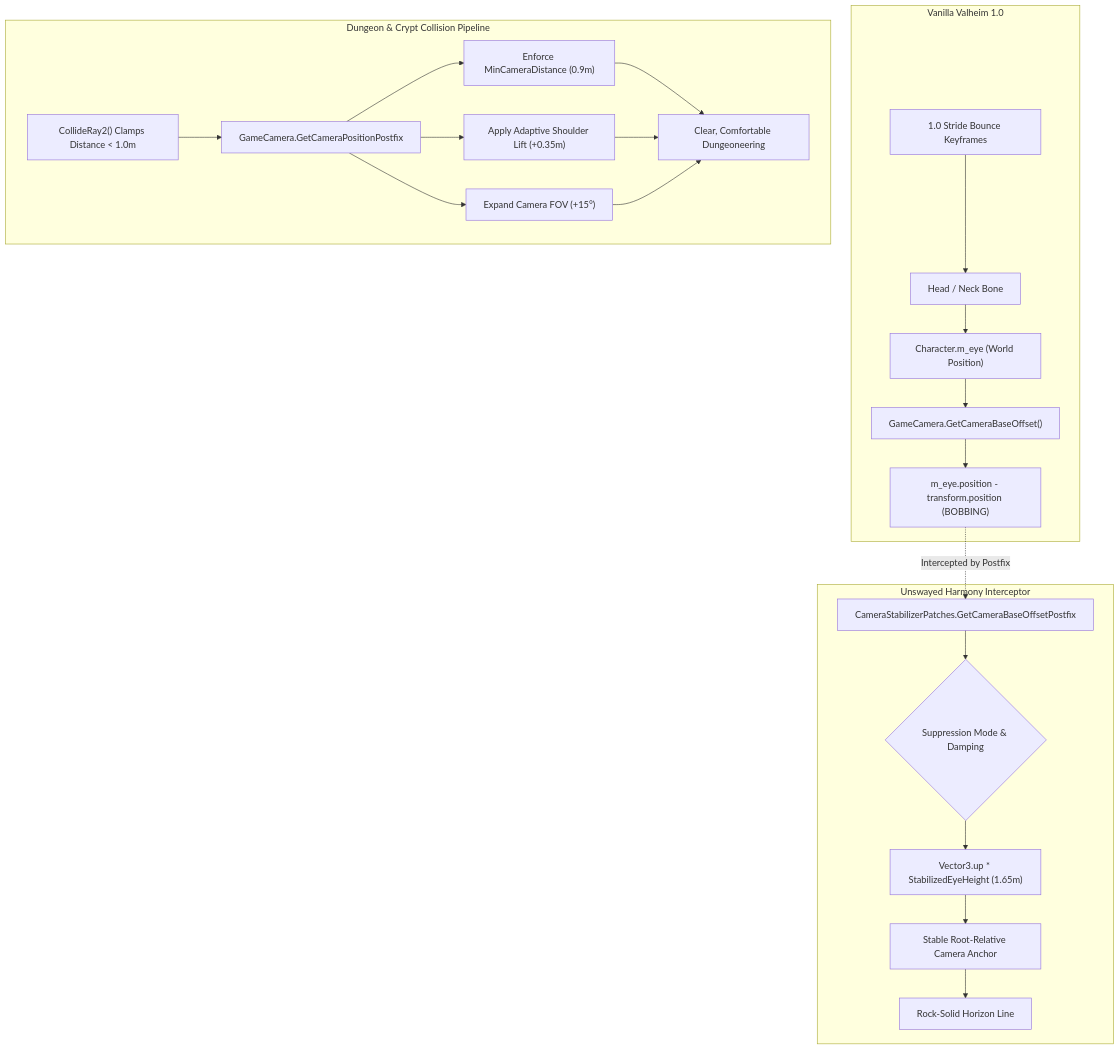
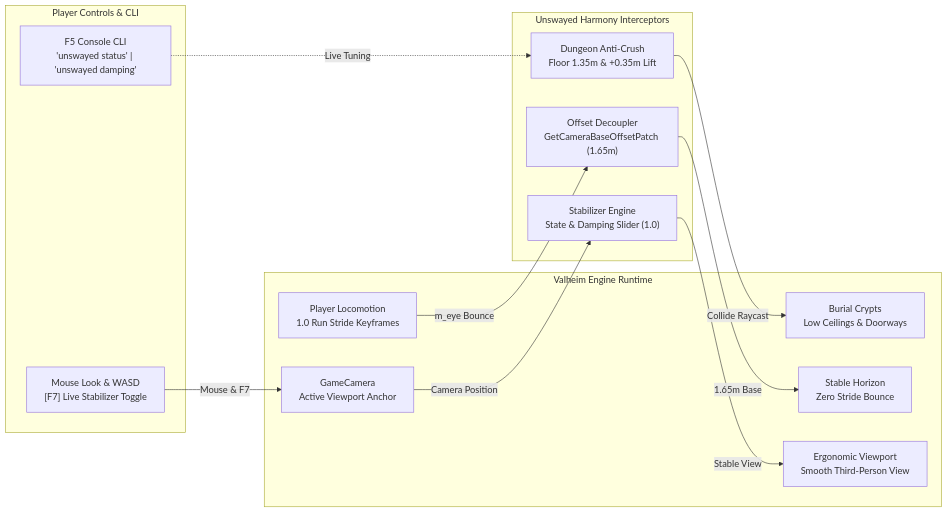
The diagram in plugins/Unswayed/README.md (djcdevelopment/deepnorthtesting), drawn with Mermaid before and after one commit. The commit also changed other lines of this file and 16 other files, not shown here.

Commit message:
feat(Unswayed): add Archify architecture maps, Thunderstore package, OMEN test verification, and comprehensive guides

````diff
--- a/plugins/Unswayed/README.md
+++ b/plugins/Unswayed/README.md
@@ -152,25 +68,29 @@
 ```mermaid
-flowchart TD
-    subgraph Vanilla ["Vanilla Valheim 1.0"]
-        A["1.0 Stride Bounce Keyframes"] --> B["Head / Neck Bone"]
-        B --> C["Character.m_eye (World Position)"]
-        C --> D["GameCamera.GetCameraBaseOffset()"]
-        D --> E["m_eye.position - transform.position (BOBBING)"]
+flowchart LR
+    subgraph Input ["Player Controls & CLI"]
+        PInput["Mouse Look & WASD<br/>[F7] Live Stabilizer Toggle"]
+        Console["F5 Console CLI<br/>'unswayed status' | 'unswayed damping'"]
     end
 
-    subgraph Unswayed ["Unswayed Harmony Interceptor"]
-        E -.->|Intercepted by Postfix| F["CameraStabilizerPatches.GetCameraBaseOffsetPostfix"]
-        F --> G{"Suppression Mode & Damping"}
-        G --> H["Vector3.up * StabilizedEyeHeight (1.65m)"]
-        H --> I["Stable Root-Relative Camera Anchor"]
-        I --> J["Rock-Solid Horizon Line"]
+    subgraph Valheim ["Valheim Engine Runtime"]
+        PLoco["Player Locomotion<br/>1.0 Run Stride Keyframes"]
+        Cam["GameCamera<br/>Active Viewport Anchor"]
+        Crypt["Burial Crypts<br/>Low Ceilings & Doorways"]
+        Horizon["Stable Horizon<br/>Zero Stride Bounce"]
+        VPort["Ergonomic Viewport<br/>Smooth Third-Person View"]
     end
 
-    subgraph Dungeons ["Dungeon & Crypt Collision Pipeline"]
-        K["CollideRay2() Clamps Distance &lt; 1.0m"] --> L["GameCamera.GetCameraPositionPostfix"]
-        L --> M["Enforce MinCameraDistance (0.9m)"]
-        L --> N["Apply Adaptive Shoulder Lift (+0.35m)"]
-        L --> O["Expand Camera FOV (+15°)"]
-        M & N & O --> P["Clear, Comfortable Dungeoneering"]
+    subgraph Unswayed ["Unswayed Harmony Interceptors"]
+        OffsetPatch["Offset Decoupler<br/>GetCameraBaseOffsetPatch (1.65m)"]
+        Manager["Stabilizer Engine<br/>State & Damping Slider (1.0)"]
+        AntiCrush["Dungeon Anti-Crush<br/>Floor 1.35m & +0.35m Lift"]
     end
+
+    PInput -->|Mouse & F7| Cam
+    Cam -->|Camera Position| Manager
+    PLoco -->|m_eye Bounce| OffsetPatch
+    OffsetPatch -->|1.65m Base| Horizon
+    Console -.->|Live Tuning| AntiCrush
+    AntiCrush -->|Collide Raycast| Crypt
+    Manager -->|Stable View| VPort
 ```
````
